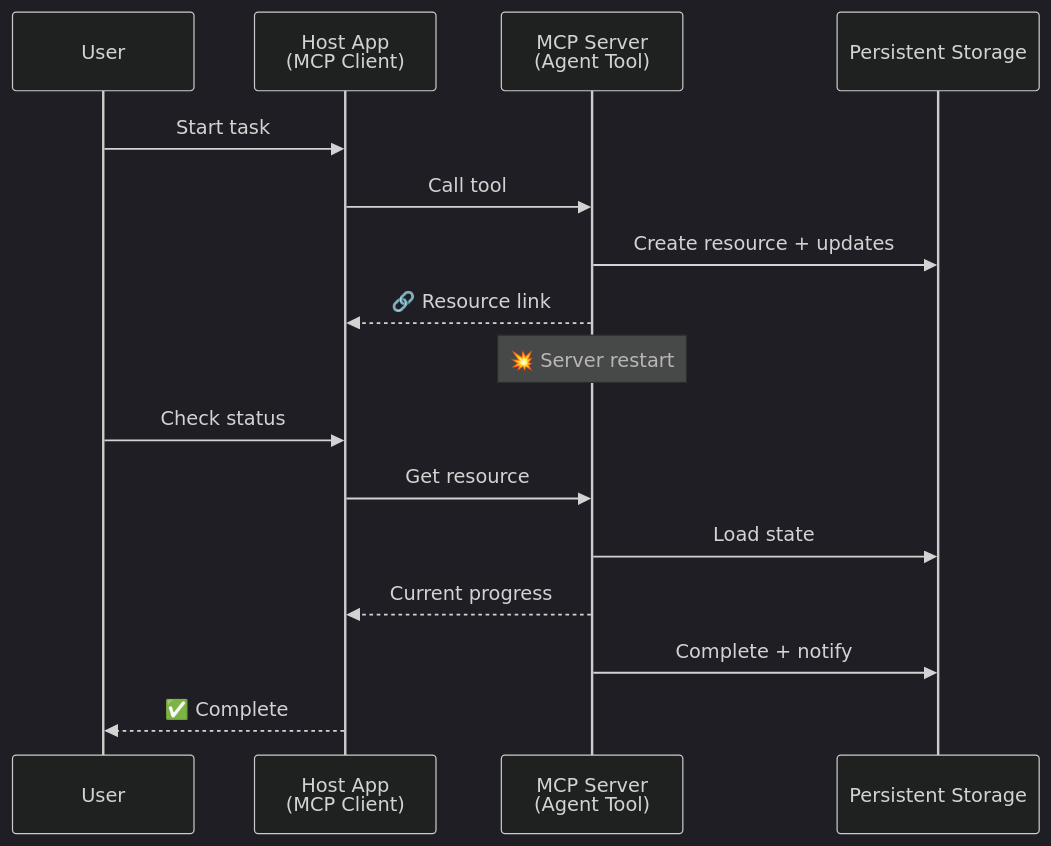
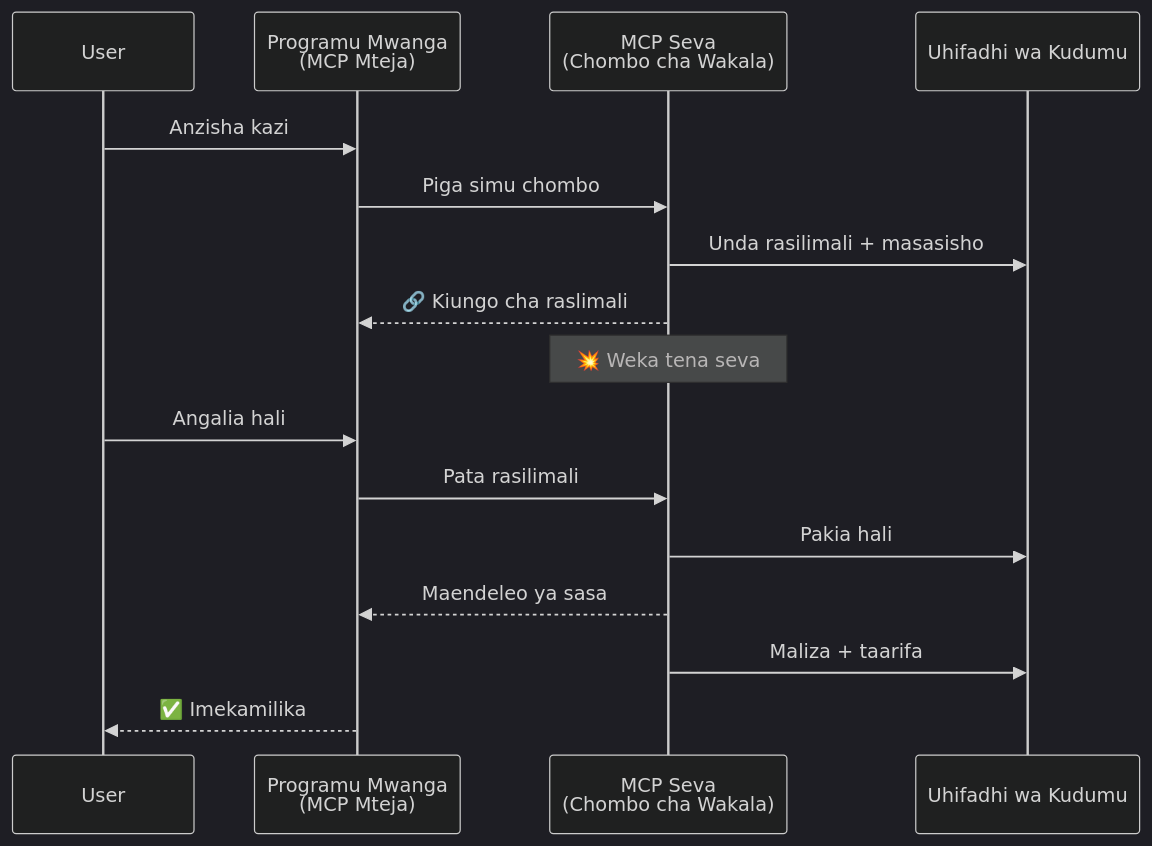
The third of 5 diagrams in translations/sw/11-agentic-protocols/code_samples/mcp-agents/README.md (microsoft/ai-agents-for-beginners), drawn with Mermaid (dark theme) before and after one commit. The commit also changed other lines of this file and 222 other files, not shown here.

````diff
--- a/translations/sw/11-agentic-protocols/code_samples/mcp-agents/README.md
+++ b/translations/sw/11-agentic-protocols/code_samples/mcp-agents/README.md
@@ -123,21 +123,21 @@
 ```mermaid
 sequenceDiagram
     participant User
-    participant Host as Host App<br/>(MCP Client)
-    participant Server as MCP Server<br/>(Agent Tool)
-    participant DB as Persistent Storage
+    participant Host as Programu Mwanga<br/>(MCP Mteja)
+    participant Server as MCP Seva<br/>(Chombo cha Wakala)
+    participant DB as Uhifadhi wa Kudumu
 
-    User->>Host: Start task
-    Host->>Server: Call tool
-    Server->>DB: Create resource + updates
-    Server-->>Host: 🔗 Resource link
+    User->>Host: Anzisha kazi
+    Host->>Server: Piga simu chombo
+    Server->>DB: Unda rasilimali + masasisho
+    Server-->>Host: 🔗 Kiungo cha raslimali
 
-    Note over Server: 💥 Server restart
+    Note over Server: 💥 Weka tena seva
 
-    User->>Host: Check status
-    Host->>Server: Get resource
-    Server->>DB: Load state
-    Server-->>Host: Current progress
-    Server->>DB: Complete + notify
-    Host-->>User: ✅ Complete
+    User->>Host: Angalia hali
+    Host->>Server: Pata rasilimali
+    Server->>DB: Pakia hali
+    Server-->>Host: Maendeleo ya sasa
+    Server->>DB: Maliza + taarifa
+    Host-->>User: ✅ Imekamilika
 ```
````
